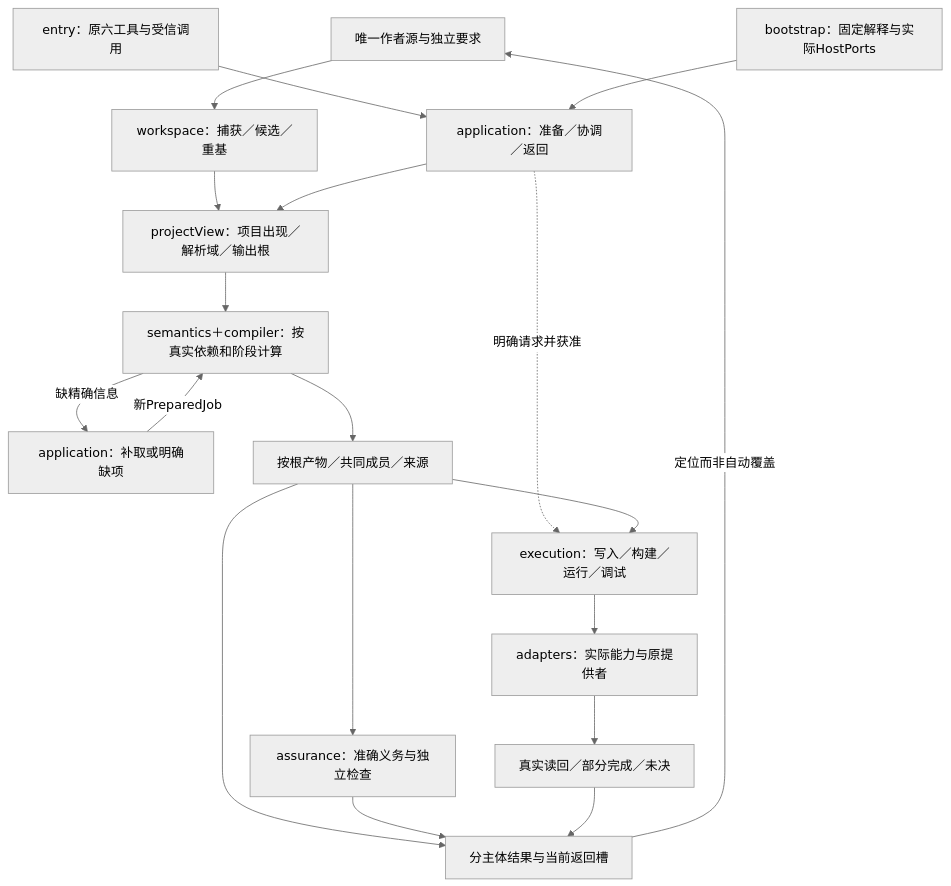
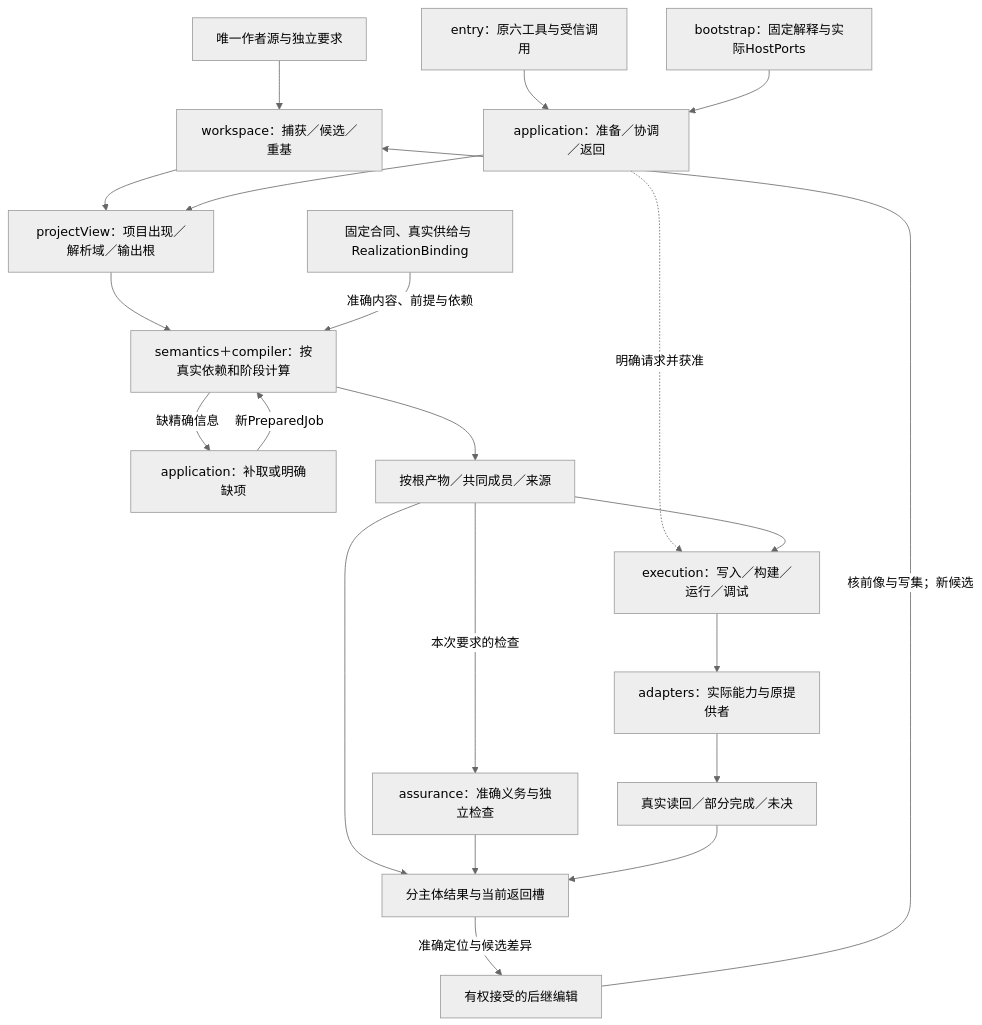
Before and after one commit to sec-platform/sec: the first of 6 diagrams in docs/架构/协作与状态边界.md, drawn with Mermaid (neutral theme). The commit also changed other lines of this file and 122 other files, not shown here.

First line of the commit message:
docs: unify system diagrams and remove redundant design text (#882)

````diff
--- a/docs/架构/协作与状态边界.md
+++ b/docs/架构/协作与状态边界.md
@@ -41,21 +41,23 @@
 ```mermaid
 flowchart TB
   Author["唯一作者源与独立要求"] --> Workspace["workspace：捕获／候选／重基"]
   Entry["entry：原六工具与受信调用"] --> App["application：准备／协调／返回"]
   Boot["bootstrap：固定解释与实际HostPorts"] --> App
   Workspace --> Project["projectView：项目出现／解析域／输出根"]
   App --> Project
   Project --> Compile["semantics＋compiler：按真实依赖和阶段计算"]
+  Supply["固定合同、真实供给与 RealizationBinding"] -->|准确内容、前提与依赖| Compile
   Compile -->|缺精确信息| Needs["application：补取或明确缺项"]
   Needs -->|新PreparedJob| Compile
   Compile --> Artifact["按根产物／共同成员／来源"]
-  Artifact --> Check["assurance：准确义务与独立检查"]
+  Artifact -->|本次要求的检查| Check["assurance：准确义务与独立检查"]
   Artifact --> Result["分主体结果与当前返回槽"]
   Check --> Result
   App -. "明确请求并获准" .-> Execute["execution：写入／构建／运行／调试"]
   Artifact --> Execute
   Execute --> Adapter["adapters：实际能力与原提供者"]
   Adapter --> Settle["真实读回／部分完成／未决"]
   Settle --> Result
-  Result -->|定位而非自动覆盖| Author
+  Result -->|准确定位与候选差异| Change["有权接受的后继编辑"]
+  Change -->|核前像与写集；新候选| Workspace
 ```
````
